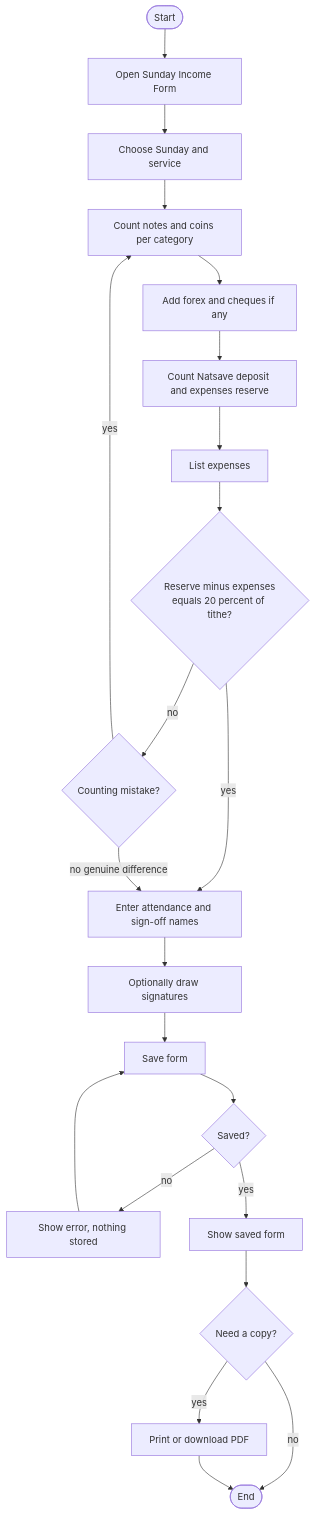
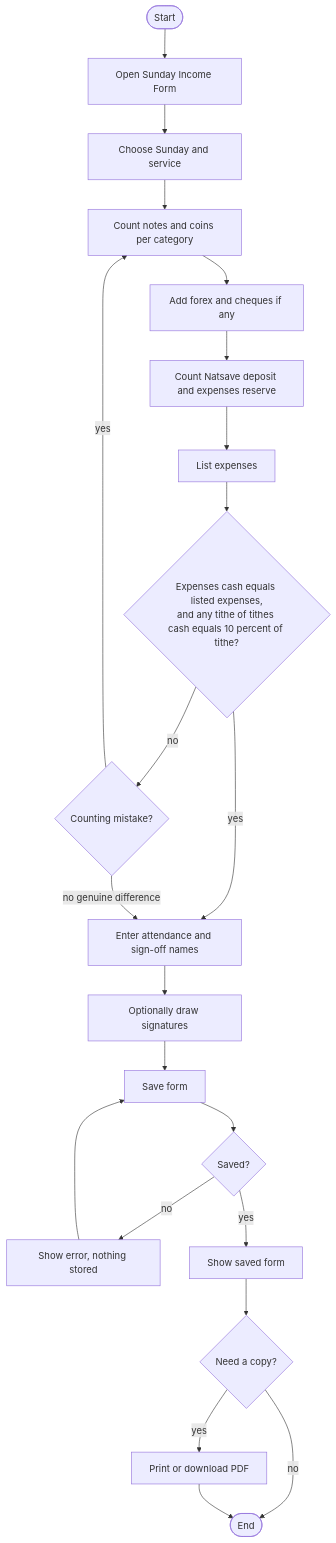
Before and after one commit to kasondebbuku-spec/Lukulu-Bread-of-Life-Church: the seventh of 8 diagrams in docs/UML.md, drawn with Mermaid. The commit also changed other lines of this file and 17 other files, not shown here.

First line of the commit message:
Keep the tithe of tithes and the expenses separate on the income form

````diff
--- a/docs/UML.md
+++ b/docs/UML.md
@@ -364,23 +367,23 @@
 ```mermaid
 flowchart TD
     start([Start]) --> open[Open Sunday Income Form]
     open --> pick[Choose Sunday and service]
     pick --> count[Count notes and coins per category]
     count --> extra[Add forex and cheques if any]
     extra --> bank[Count Natsave deposit and expenses reserve]
     bank --> exp[List expenses]
-    exp --> check{Reserve minus expenses<br/>equals 20 percent of tithe?}
+    exp --> check{Expenses cash equals listed expenses,<br/>and any tithe of tithes cash equals 10 percent of tithe?}
     check -- yes --> att[Enter attendance and sign-off names]
     check -- no --> fix{Counting mistake?}
     fix -- yes --> count
     fix -- no genuine difference --> att
     att --> sign[Optionally draw signatures]
     sign --> save[Save form]
     save --> ok{Saved?}
     ok -- no --> err[Show error, nothing stored] --> save
     ok -- yes --> detail[Show saved form]
     detail --> out{Need a copy?}
     out -- yes --> pdf[Print or download PDF]
     out -- no --> done([End])
     pdf --> done
 ```
````
